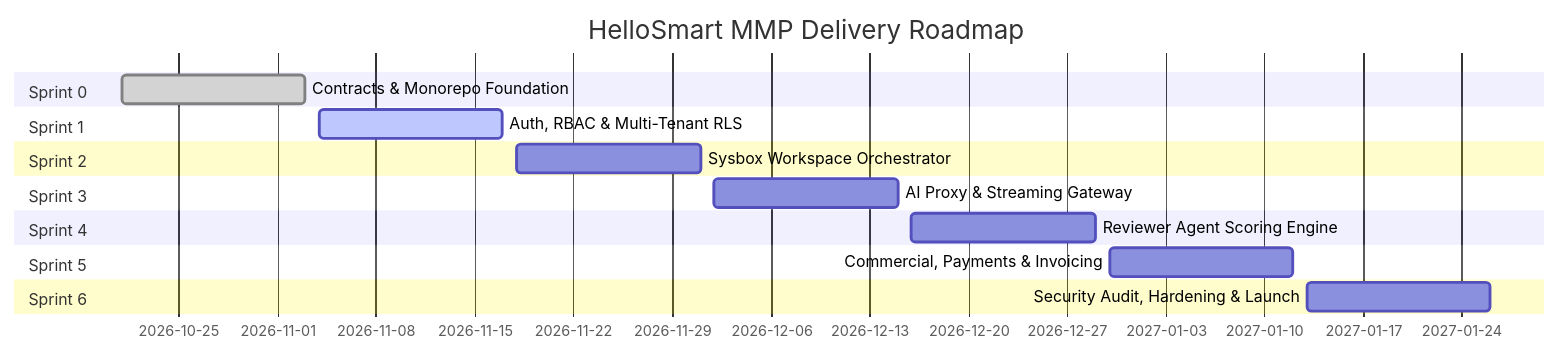
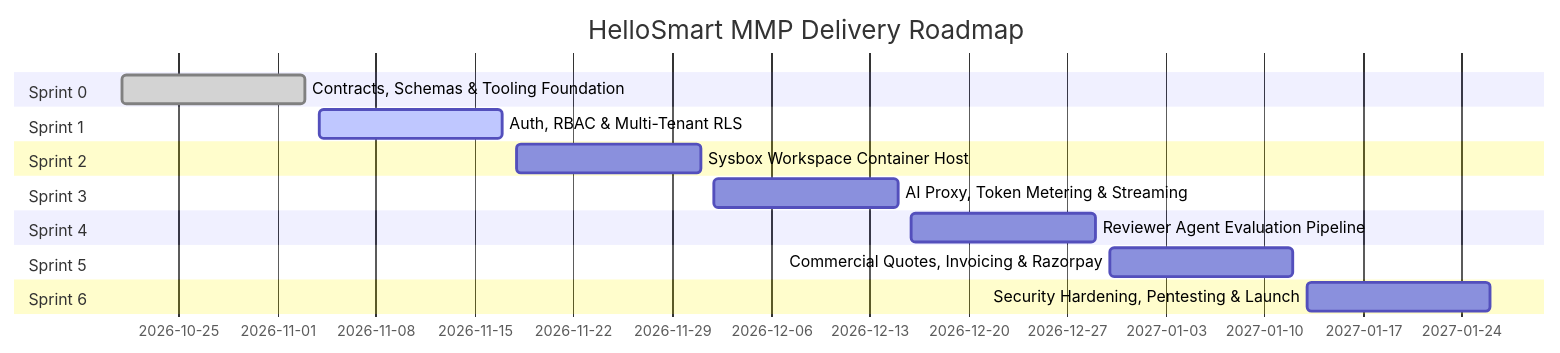
The second of 3 diagrams in apps/docs/content/docs/roles/managing.mdx (infinitica-org/hellosmart), drawn with Mermaid before and after one commit. The commit also changed other lines of this file and 6 other files, not shown here.

````diff
--- a/apps/docs/content/docs/roles/managing.mdx
+++ b/apps/docs/content/docs/roles/managing.mdx
@@ -43,19 +65,19 @@
 ```mermaid
 gantt
     title HelloSmart MMP Delivery Roadmap
     dateFormat  YYYY-MM-DD
     section Sprint 0
-    Contracts & Monorepo Foundation :done, s0, 2026-10-21, 2026-11-03
+    Contracts, Schemas & Tooling Foundation :done, s0, 2026-10-21, 2026-11-03
     section Sprint 1
-    Auth, RBAC & Multi-Tenant RLS  :active, s1, 2026-11-04, 2026-11-17
+    Auth, RBAC & Multi-Tenant RLS        :active, s1, 2026-11-04, 2026-11-17
     section Sprint 2
-    Sysbox Workspace Orchestrator  :s2, 2026-11-18, 2026-12-01
+    Sysbox Workspace Container Host      :s2, 2026-11-18, 2026-12-01
     section Sprint 3
-    AI Proxy & Streaming Gateway   :s3, 2026-12-02, 2026-12-15
+    AI Proxy, Token Metering & Streaming :s3, 2026-12-02, 2026-12-15
     section Sprint 4
-    Reviewer Agent Scoring Engine  :s4, 2026-12-16, 2026-12-29
+    Reviewer Agent Evaluation Pipeline   :s4, 2026-12-16, 2026-12-29
     section Sprint 5
-    Commercial, Payments & Invoicing:s5, 2026-12-30, 2027-01-12
+    Commercial Quotes, Invoicing & Razorpay :s5, 2026-12-30, 2027-01-12
     section Sprint 6
-    Security Audit, Hardening & Launch:s6, 2027-01-13, 2027-01-26
+    Security Hardening, Pentesting & Launch :s6, 2027-01-13, 2027-01-26
 ```
````
